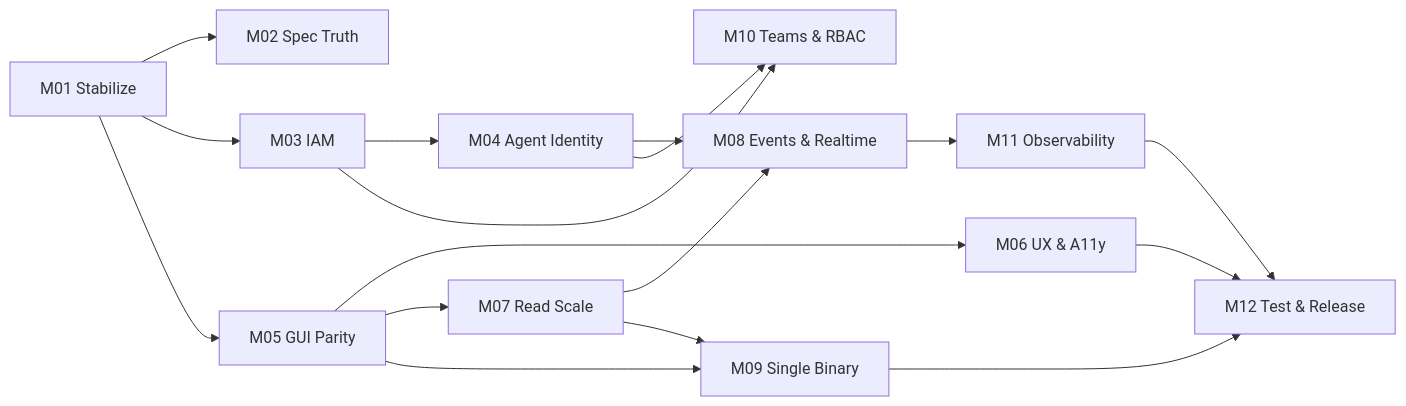
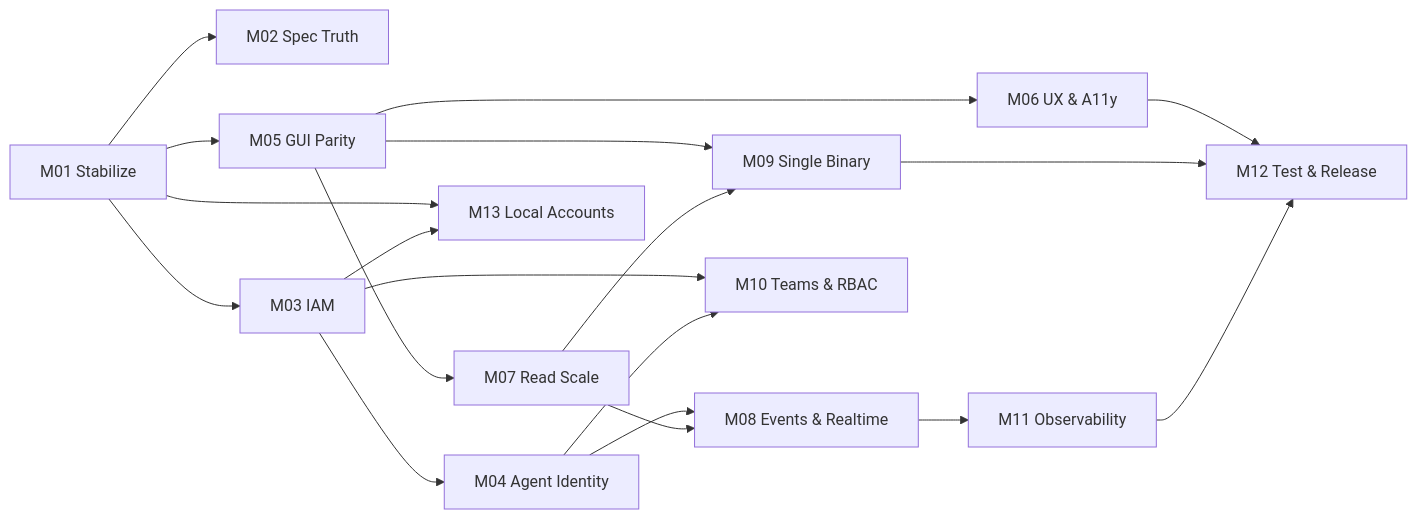
Before and after one commit to huyz0/tasker: the diagram in .milestones/STATE.md, drawn with Mermaid. The commit also changed other lines of this file and 3 other files, not shown here.

First line of the commit message:
docs(plan): add M13 local accounts & linked identity, sequence ahead of M10

````diff
--- a/.milestones/STATE.md
+++ b/.milestones/STATE.md
@@ -66,19 +69,21 @@
 ```mermaid
 graph LR
   M01[M01 Stabilize] --> M02[M02 Spec Truth]
   M01 --> M03[M03 IAM]
   M01 --> M05[M05 GUI Parity]
   M03 --> M04[M04 Agent Identity]
   M05 --> M06[M06 UX & A11y]
   M05 --> M07[M07 Read Scale]
   M04 --> M08[M08 Events & Realtime]
   M07 --> M08
   M05 --> M09[M09 Single Binary]
   M07 --> M09
   M03 --> M10[M10 Teams & RBAC]
   M04 --> M10
   M08 --> M11[M11 Observability]
   M06 --> M12[M12 Test & Release]
   M09 --> M12
   M11 --> M12
+  M01 --> M13[M13 Local Accounts]
+  M03 --> M13
 ```
````
